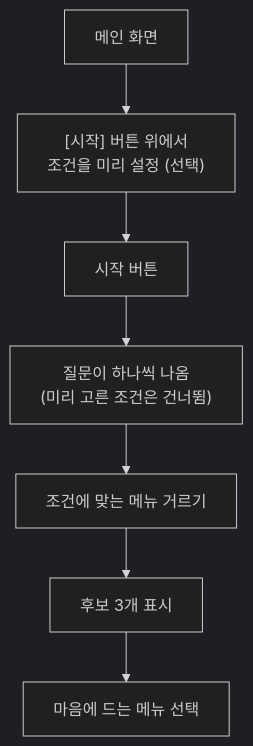
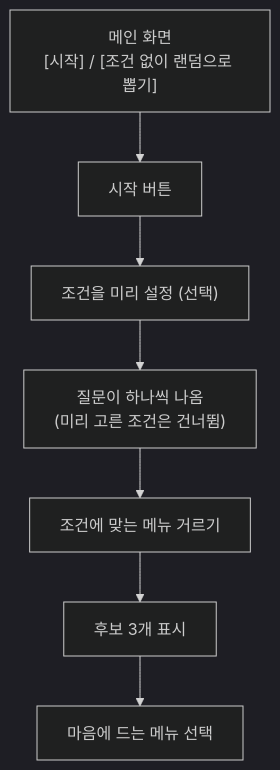
One commit to kangwoohyun999/food-recommend changed the first of 3 diagrams in 음식메뉴추천_상세기획.md. Above: the diagram before and after it, drawn with Mermaid (dark theme). The commit also changed other lines of this file and 13 other files, not shown here.

````diff
--- a/음식메뉴추천_상세기획.md
+++ b/음식메뉴추천_상세기획.md
@@ -79,9 +79,9 @@
 ```mermaid
 flowchart TD
-    A[메인 화면] --> B["[시작] 버튼 위에서<br/>조건을 미리 설정 (선택)"]
-    B --> C[시작 버튼]
-    C --> D["질문이 하나씩 나옴<br/>(미리 고른 조건은 건너뜀)"]
+    A["메인 화면<br/>[시작] / [조건 없이 랜덤으로 뽑기]"] --> C[시작 버튼]
+    C --> B["조건을 미리 설정 (선택)"]
+    B --> D["질문이 하나씩 나옴<br/>(미리 고른 조건은 건너뜀)"]
     D --> E[조건에 맞는 메뉴 거르기]
     E --> F[후보 3개 표시]
     F --> G[마음에 드는 메뉴 선택]
 ```
````
